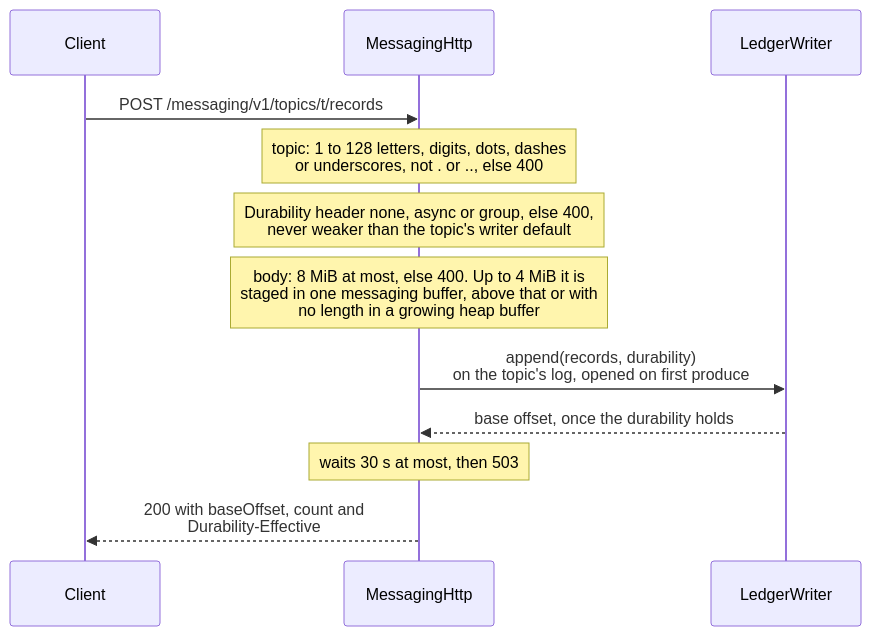
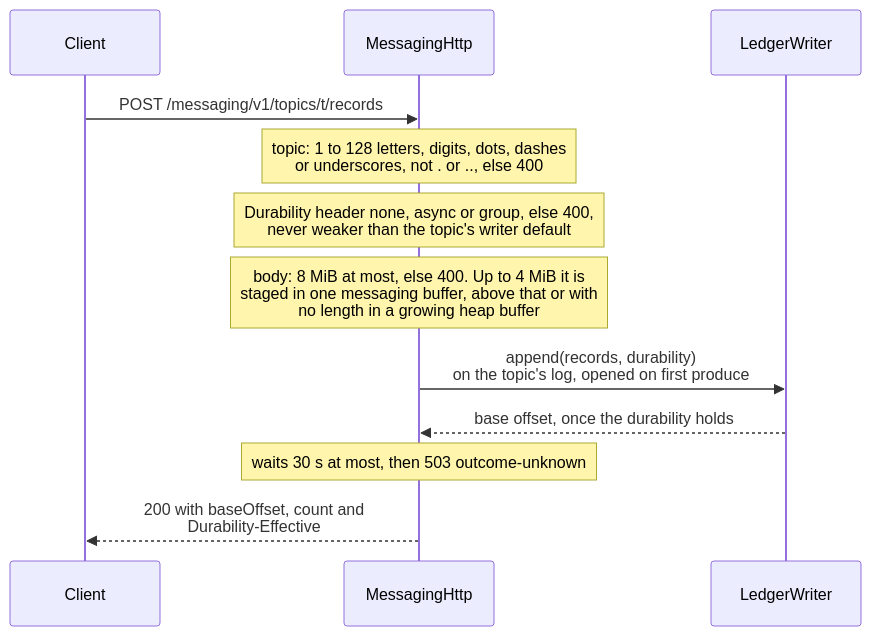
One commit to BlivionIaG/sjws_nettask changed the first of 3 diagrams in docs/design/partition-log.md. Above: the diagram before and after it, drawn with Mermaid. The commit also changed other lines of this file and 20 other files, not shown here.

````diff
--- a/docs/design/partition-log.md
+++ b/docs/design/partition-log.md
@@ -49,15 +49,15 @@
 ```mermaid
 sequenceDiagram
     participant C as Client
     participant H as MessagingHttp
     participant W as LedgerWriter
 
     C->>H: POST /messaging/v1/topics/t/records
     Note over H: topic: 1 to 128 letters, digits, dots, dashes<br/>or underscores, not . or .., else 400
     Note over H: Durability header none, async or group, else 400,<br/>never weaker than the topic's writer default
     Note over H: body: 8 MiB at most, else 400. Up to 4 MiB it is<br/>staged in one messaging buffer, above that or with<br/>no length in a growing heap buffer
     H->>W: append(records, durability)<br/>on the topic's log, opened on first produce
     W-->>H: base offset, once the durability holds
-    Note over H: waits 30 s at most, then 503
+    Note over H: waits 30 s at most, then 503 outcome-unknown
     H-->>C: 200 with baseOffset, count and<br/>Durability-Effective
 ```
````
